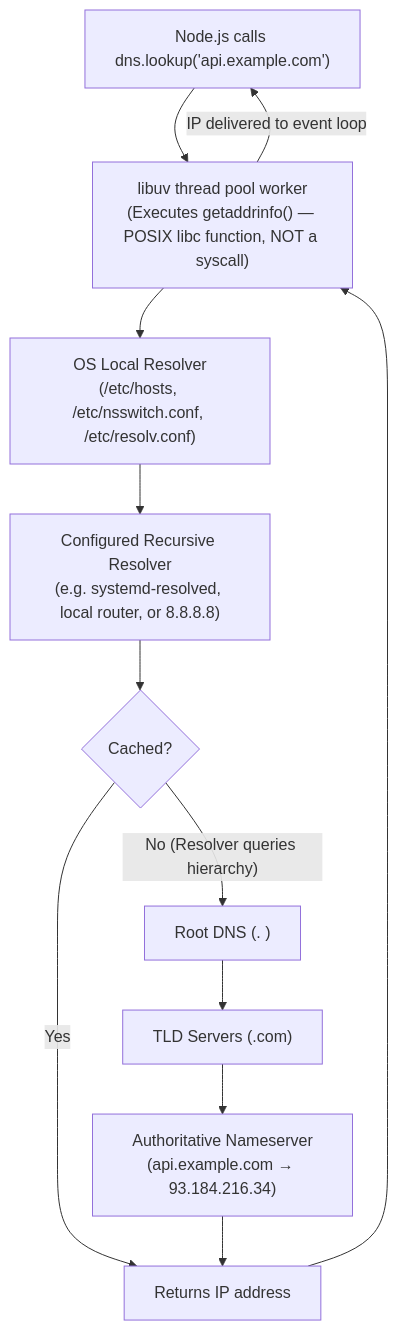
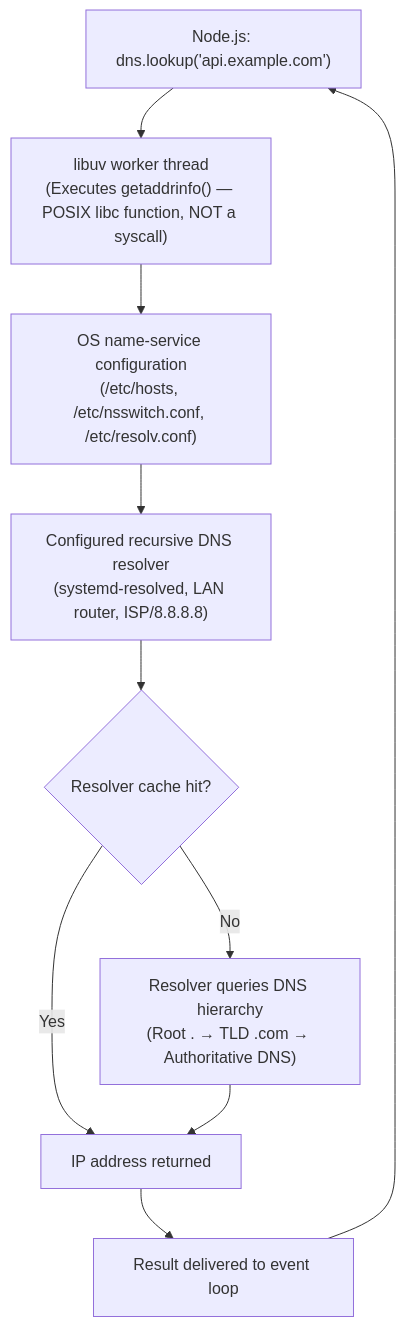
Before and after one commit to Patel-Neel-346/Notes: the seventh of 16 diagrams in Backend-engineering/2-Communication-patterns/2-Async-and-Sync-Execution/1.Async-Sync-Execution.md, drawn with Mermaid. The commit also changed other lines of this file, not shown here.

````diff
--- a/Backend-engineering/2-Communication-patterns/2-Async-and-Sync-Execution/1.Async-Sync-Execution.md
+++ b/Backend-engineering/2-Communication-patterns/2-Async-and-Sync-Execution/1.Async-Sync-Execution.md
@@ -611,15 +625,13 @@
 ```mermaid
 flowchart TD
-    APP["Node.js calls dns.lookup('api.example.com')"]
-    --> POOL["libuv thread pool worker\n(Executes getaddrinfo() — POSIX libc function, NOT a syscall)"]
-    --> STUB["OS Local Resolver\n(/etc/hosts, /etc/nsswitch.conf, /etc/resolv.conf)"]
-    --> RECURSIVE["Configured Recursive Resolver\n(e.g. systemd-resolved, local router, or 8.8.8.8)"]
-    --> CACHE{"Cached?"}
-    CACHE -->|"Yes"| RET["Returns IP address"]
-    CACHE -->|"No (Resolver queries hierarchy)"| ROOT["Root DNS (. )"]
-    ROOT --> TLD["TLD Servers (.com)"]
-    TLD --> AUTH["Authoritative Nameserver\n(api.example.com → 93.184.216.34)"]
-    AUTH --> RET
-    RET --> POOL
-    POOL -->|"IP delivered to event loop"| APP
+    APP["Node.js: dns.lookup('api.example.com')"]
+    --> POOL["libuv worker thread\n(Executes getaddrinfo() — POSIX libc function, NOT a syscall)"]
+    --> OS_CONF["OS name-service configuration\n(/etc/hosts, /etc/nsswitch.conf, /etc/resolv.conf)"]
+    --> RECURSIVE["Configured recursive DNS resolver\n(systemd-resolved, LAN router, ISP/8.8.8.8)"]
+    --> CACHE{"Resolver cache hit?"}
+    CACHE -->|"Yes"| RET["IP address returned"]
+    CACHE -->|"No"| HIERARCHY["Resolver queries DNS hierarchy\n(Root . → TLD .com → Authoritative DNS)"]
+    HIERARCHY --> RET
+    RET --> DELIVER["Result delivered to event loop"]
+    DELIVER --> APP
 ```
````
